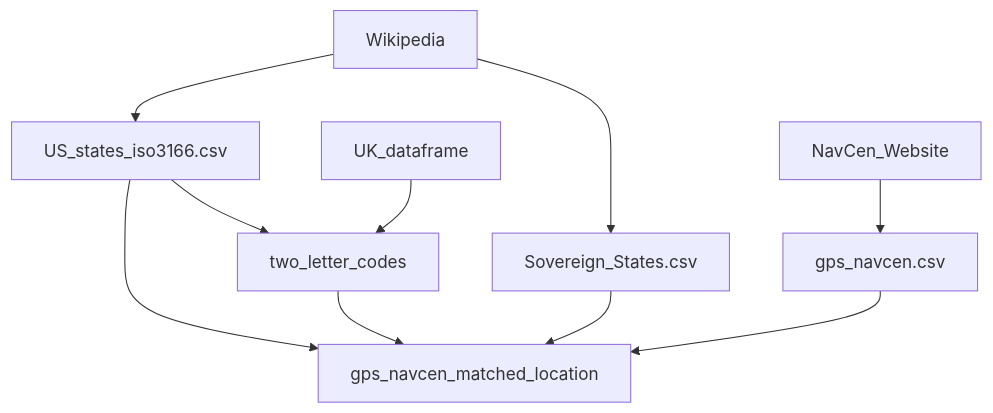
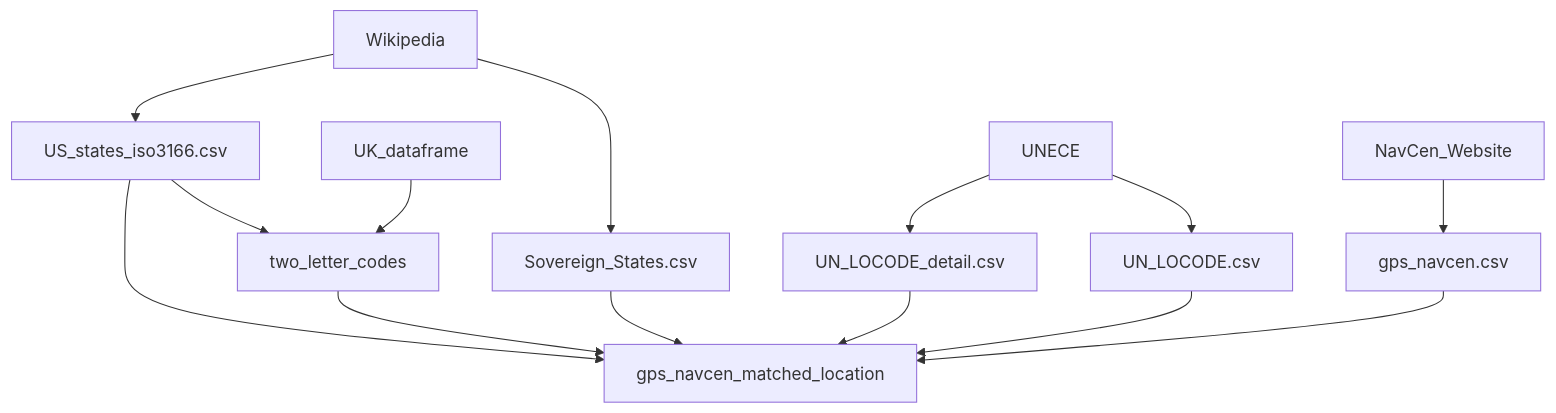
Before and after one commit to stelios-c/GPS_analysis: the diagram in README.md, drawn with Mermaid.

````diff
--- a/README.md
+++ b/README.md
@@ -13,12 +13,17 @@
 ```mermaid
 graph TD;
     NavCen_Website-->gps_navcen.csv;
     Wikipedia--> US_states_iso3166.csv;
     Wikipedia--> Sovereign_States.csv;
+    UNECE-->UN_LOCODE_detail.csv
+    UNECE-->UN_LOCODE.csv
     US_states_iso3166.csv--> two_letter_codes;
     UK_dataframe--> two_letter_codes;
     US_states_iso3166.csv-->gps_navcen_matched_location;
     two_letter_codes-->gps_navcen_matched_location;
     Sovereign_States.csv-->gps_navcen_matched_location;
+    UN_LOCODE_detail.csv-->gps_navcen_matched_location;
+    UN_LOCODE.csv-->gps_navcen_matched_location;
     gps_navcen.csv-->gps_navcen_matched_location;
+    
  ```
````
